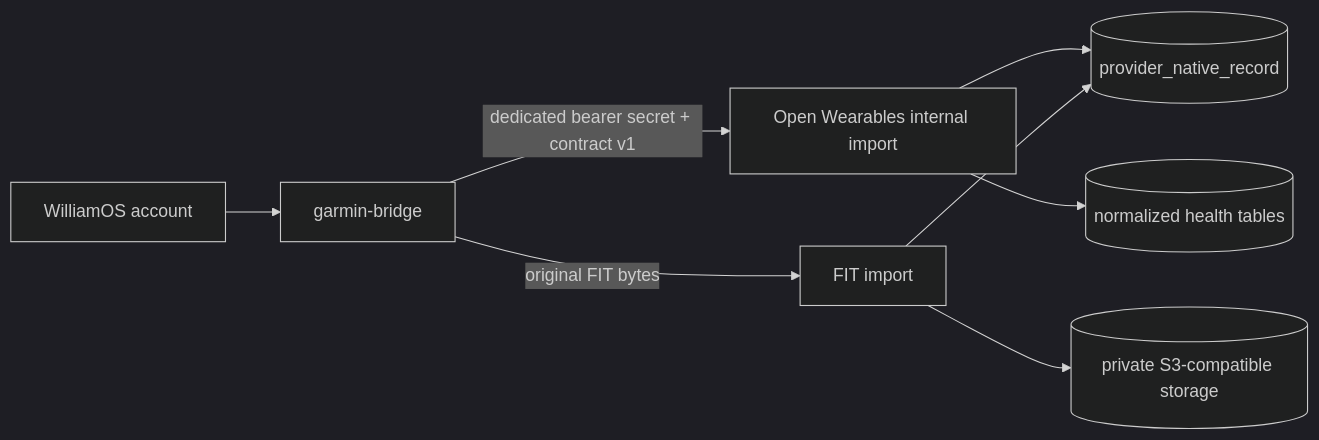
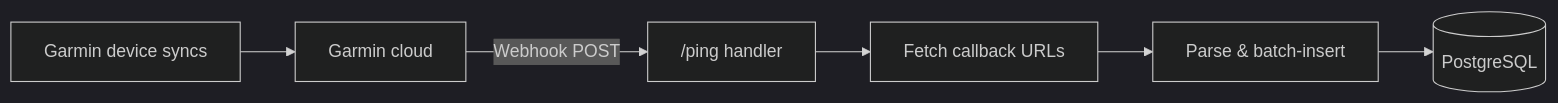
The second of 6 diagrams in docs/providers/garmin-data-pipeline.mdx (williamos-hq/open-wearables), drawn with Mermaid (dark theme) before and after one commit. The commit also changed other lines of this file and 77 other files, not shown here.

````diff
--- a/docs/providers/garmin-data-pipeline.mdx
+++ b/docs/providers/garmin-data-pipeline.mdx
@@ -31,10 +34,8 @@
 ```mermaid
-flowchart LR
-    Account["WilliamOS account"] --> Bridge["garmin-bridge"]
-    Bridge -->|"dedicated bearer secret + contract v1"| Import["Open Wearables internal import"]
-    Import --> Native[("provider_native_record")]
-    Import --> Normalized[("normalized health tables")]
-    Bridge -->|"original FIT bytes"| FitImport["FIT import"]
-    FitImport --> Objects[("private S3-compatible storage")]
-    FitImport --> Native
+graph LR
+    A["Garmin device syncs"] --> B["Garmin cloud"]
+    B -->|"Webhook POST"| C["/ping handler"]
+    C --> D["Fetch callback URLs"]
+    D --> E["Parse & batch-insert"]
+    E --> F[("PostgreSQL")]
 ```
````
